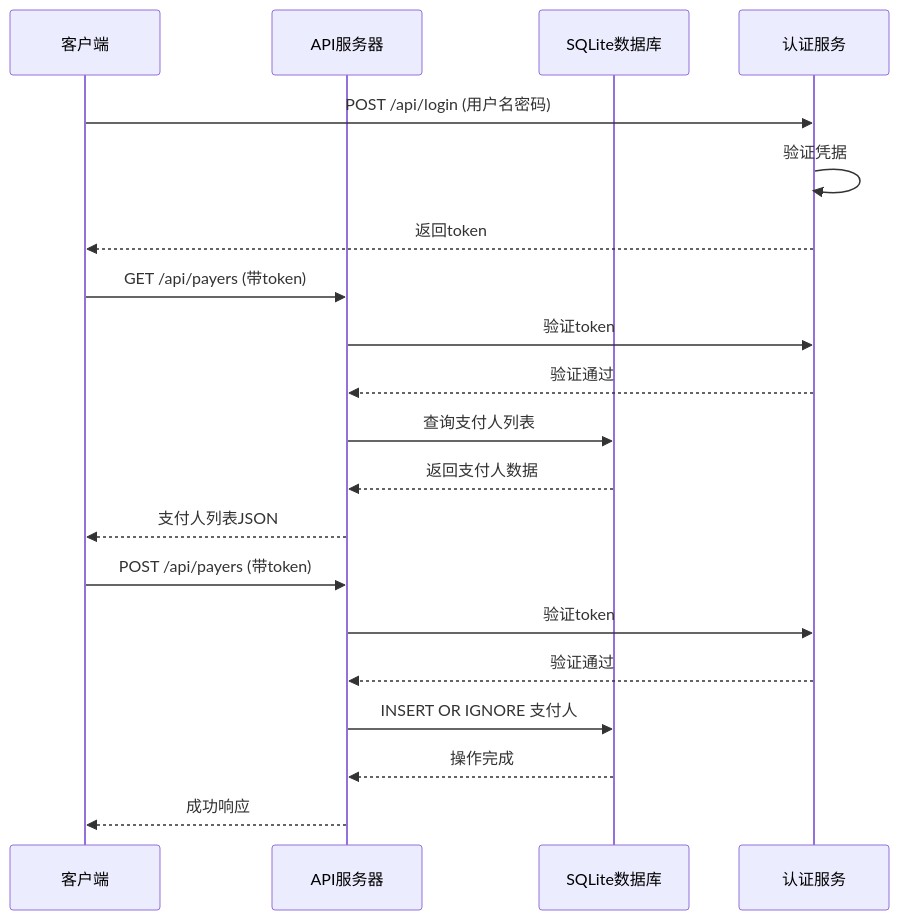
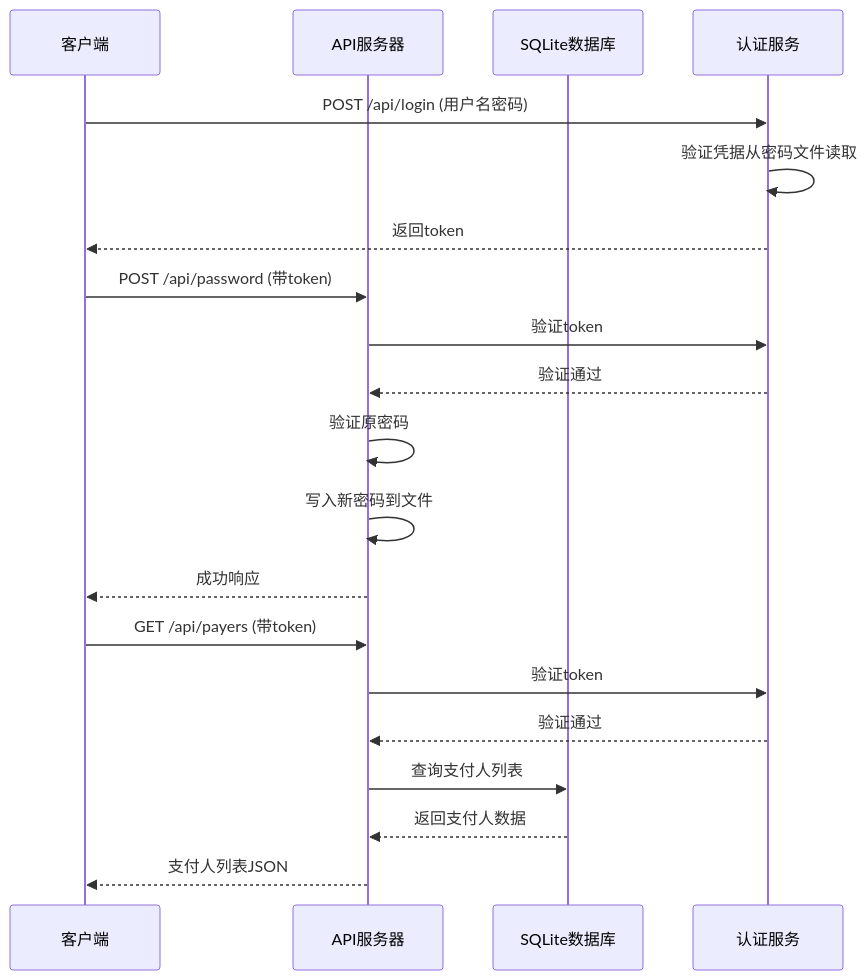
Before and after one commit to louyinmin/recorded: the third of 6 diagrams in .qoder/repowiki/zh/content/API接口文档/支付人和分类API.md, drawn with Mermaid. The commit also changed other lines of this file and 5 other files, not shown here.

````diff
--- a/.qoder/repowiki/zh/content/API接口文档/支付人和分类API.md
+++ b/.qoder/repowiki/zh/content/API接口文档/支付人和分类API.md
@@ -123,22 +147,22 @@
 ```mermaid
 sequenceDiagram
 participant Client as 客户端
 participant API as API服务器
 participant DB as SQLite数据库
 participant Auth as 认证服务
 Client->>Auth : POST /api/login (用户名密码)
-Auth->>Auth : 验证凭据
+Auth->>Auth : 验证凭据从密码文件读取
 Auth-->>Client : 返回token
+Client->>API : POST /api/password (带token)
+API->>Auth : 验证token
+Auth-->>API : 验证通过
+API->>API : 验证原密码
+API->>API : 写入新密码到文件
+API-->>Client : 成功响应
 Client->>API : GET /api/payers (带token)
 API->>Auth : 验证token
 Auth-->>API : 验证通过
 API->>DB : 查询支付人列表
 DB-->>API : 返回支付人数据
 API-->>Client : 支付人列表JSON
-Client->>API : POST /api/payers (带token)
-API->>Auth : 验证token
-Auth-->>API : 验证通过
-API->>DB : INSERT OR IGNORE 支付人
-DB-->>API : 操作完成
-API-->>Client : 成功响应
 ```
````
